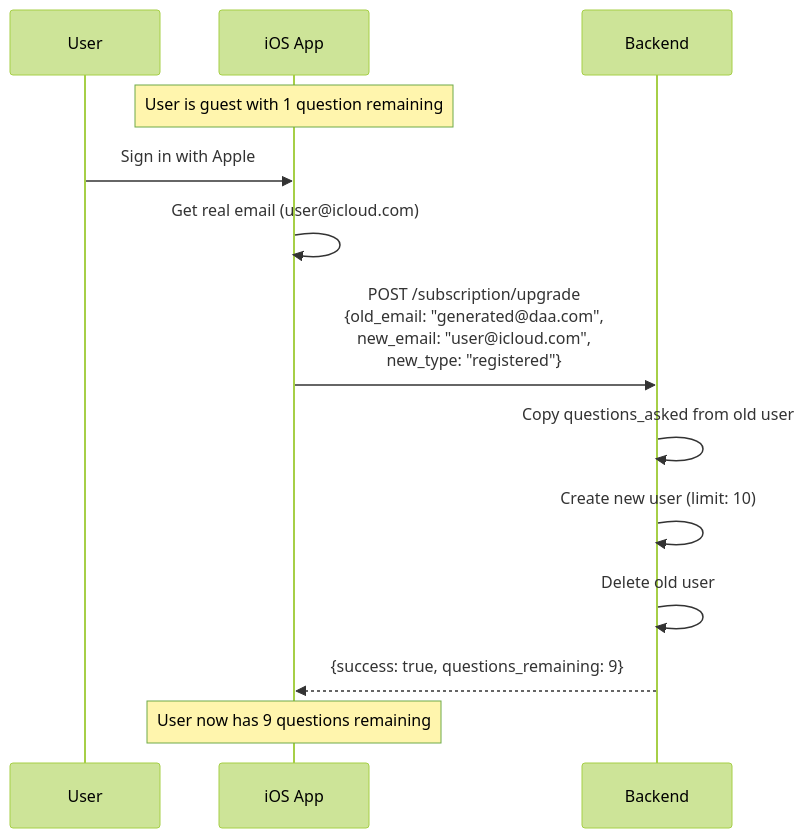
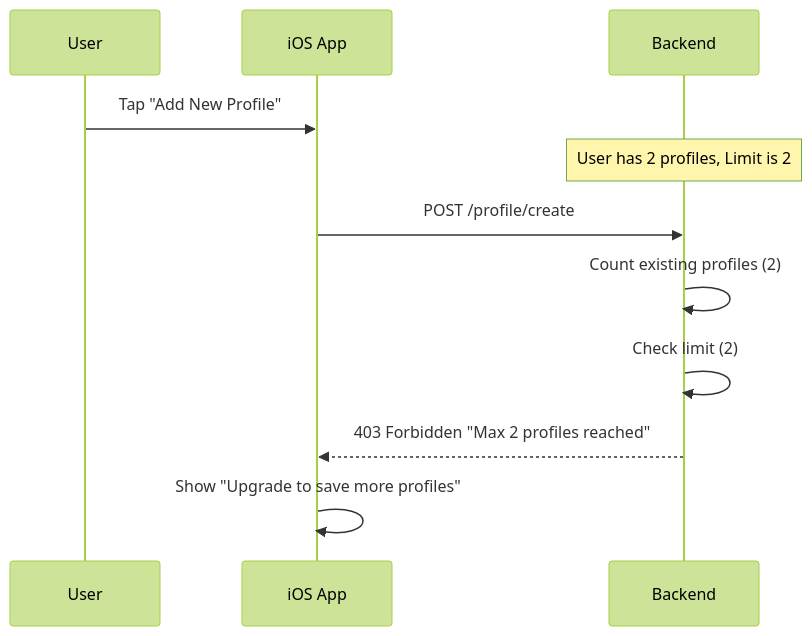
The second of 2 diagrams in doc/subscription_flow.md (prabhupredictions/destinyios), drawn with Mermaid (forest theme) before and after one commit. The commit also changed other lines of this file and 5 other files, not shown here.

````diff
--- a/doc/subscription_flow.md
+++ b/doc/subscription_flow.md
@@ -445,19 +208,16 @@
 ```mermaid
 sequenceDiagram
     participant U as User
     participant I as iOS App
     participant B as Backend
     
-    Note over I: User is guest with 1 question remaining
+    U->>I: Tap "Add New Profile"
     
-    U->>I: Sign in with Apple
-    I->>I: Get real email (user@icloud.com)
-    I->>B: POST /subscription/upgrade<br/>{old_email: "generated@daa.com",<br/> new_email: "user@icloud.com",<br/> new_type: "registered"}
+    Note over B: User has 2 profiles, Limit is 2
+    I->>B: POST /profile/create
+    B->>B: Count existing profiles (2)
+    B->>B: Check limit (2)
+    B-->>I: 403 Forbidden "Max 2 profiles reached"
     
-    B->>B: Copy questions_asked from old user
-    B->>B: Create new user (limit: 10)
-    B->>B: Delete old user
-    B-->>I: {success: true, questions_remaining: 9}
-    
-    Note over I: User now has 9 questions remaining
+    I->>I: Show "Upgrade to save more profiles"
 ```
````
